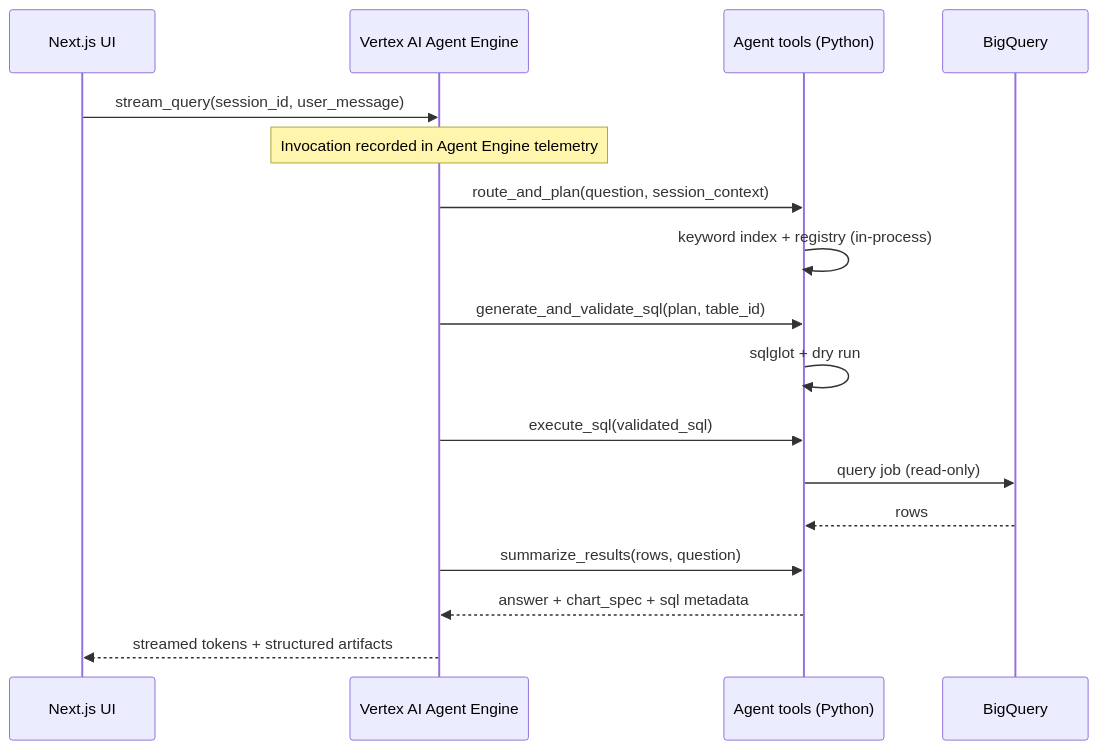
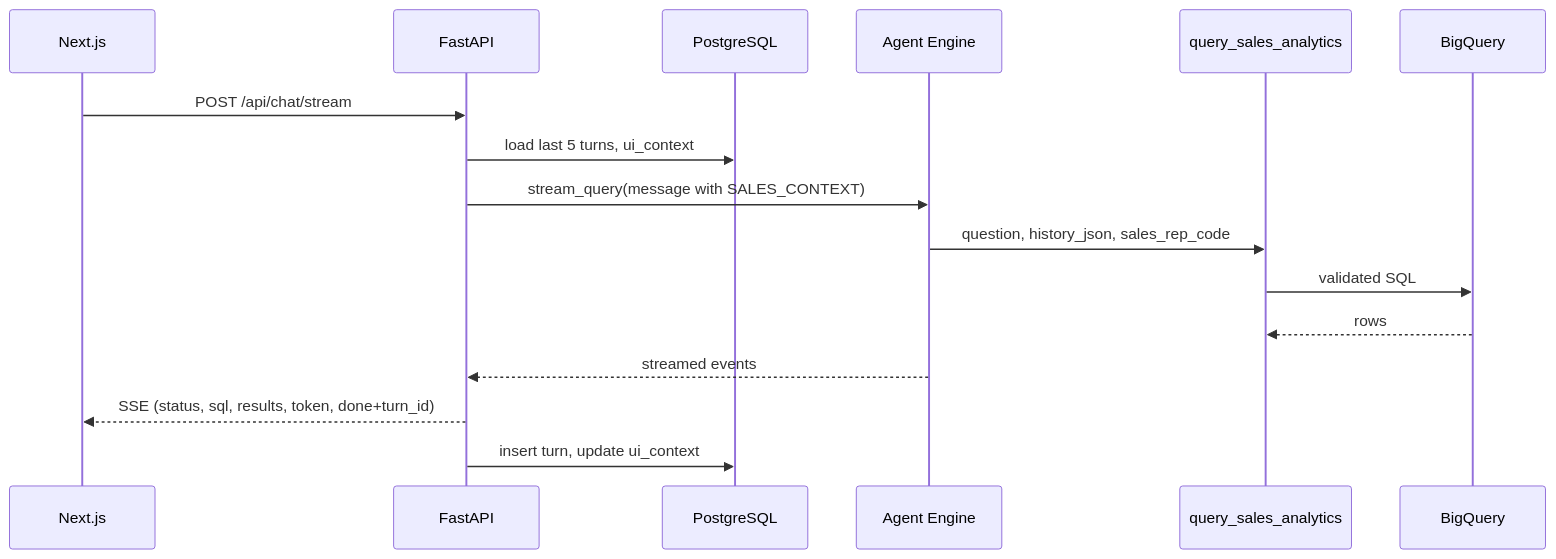
The diagram in docs/AGENT_ENGINE_ARCHITECTURE.md (adityachowdhuryin/jaybel_sales), drawn with Mermaid before and after one commit. The commit also changed other lines of this file and 102 other files, not shown here.

````diff
--- a/docs/AGENT_ENGINE_ARCHITECTURE.md
+++ b/docs/AGENT_ENGINE_ARCHITECTURE.md
@@ -7,20 +9,19 @@
 ```mermaid
 sequenceDiagram
-    participant UI as Next.js UI
-    participant AE as Vertex AI Agent Engine
-    participant Tools as Agent tools (Python)
+    participant UI as Next.js
+    participant API as FastAPI
+    participant PG as PostgreSQL
+    participant AE as Agent Engine
+    participant Tool as query_sales_analytics
     participant BQ as BigQuery
 
-    UI->>AE: stream_query(session_id, user_message)
-    Note over AE: Invocation recorded in Agent Engine telemetry
-    AE->>Tools: route_and_plan(question, session_context)
-    Tools->>Tools: keyword index + registry (in-process)
-    AE->>Tools: generate_and_validate_sql(plan, table_id)
-    Tools->>Tools: sqlglot + dry run
-    AE->>Tools: execute_sql(validated_sql)
-    Tools->>BQ: query job (read-only)
-    BQ-->>Tools: rows
-    AE->>Tools: summarize_results(rows, question)
-    Tools-->>AE: answer + chart_spec + sql metadata
-    AE-->>UI: streamed tokens + structured artifacts
+    UI->>API: POST /api/chat/stream
+    API->>PG: load last 5 turns, ui_context
+    API->>AE: stream_query(message with SALES_CONTEXT)
+    AE->>Tool: question, history_json, sales_rep_code
+    Tool->>BQ: validated SQL
+    BQ-->>Tool: rows
+    AE-->>API: streamed events
+    API-->>UI: SSE (status, sql, results, token, done+turn_id)
+    API->>PG: insert turn, update ui_context
 ```
````
